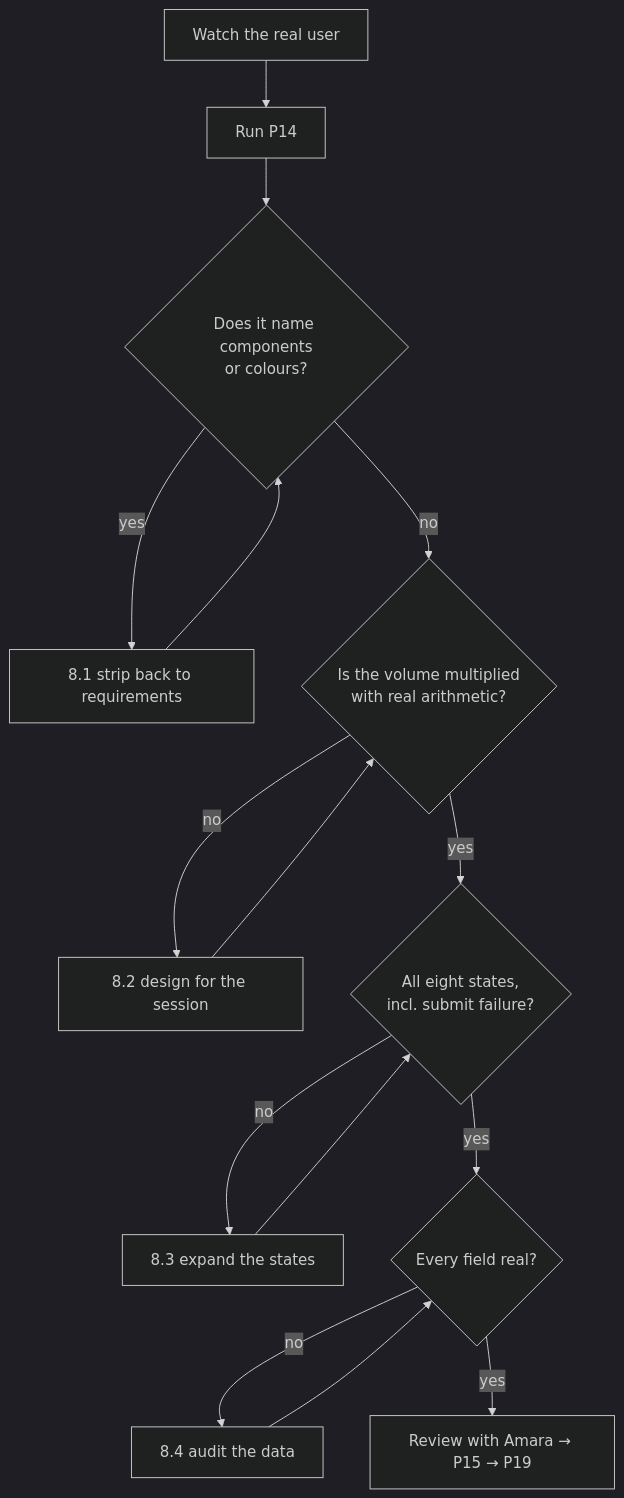
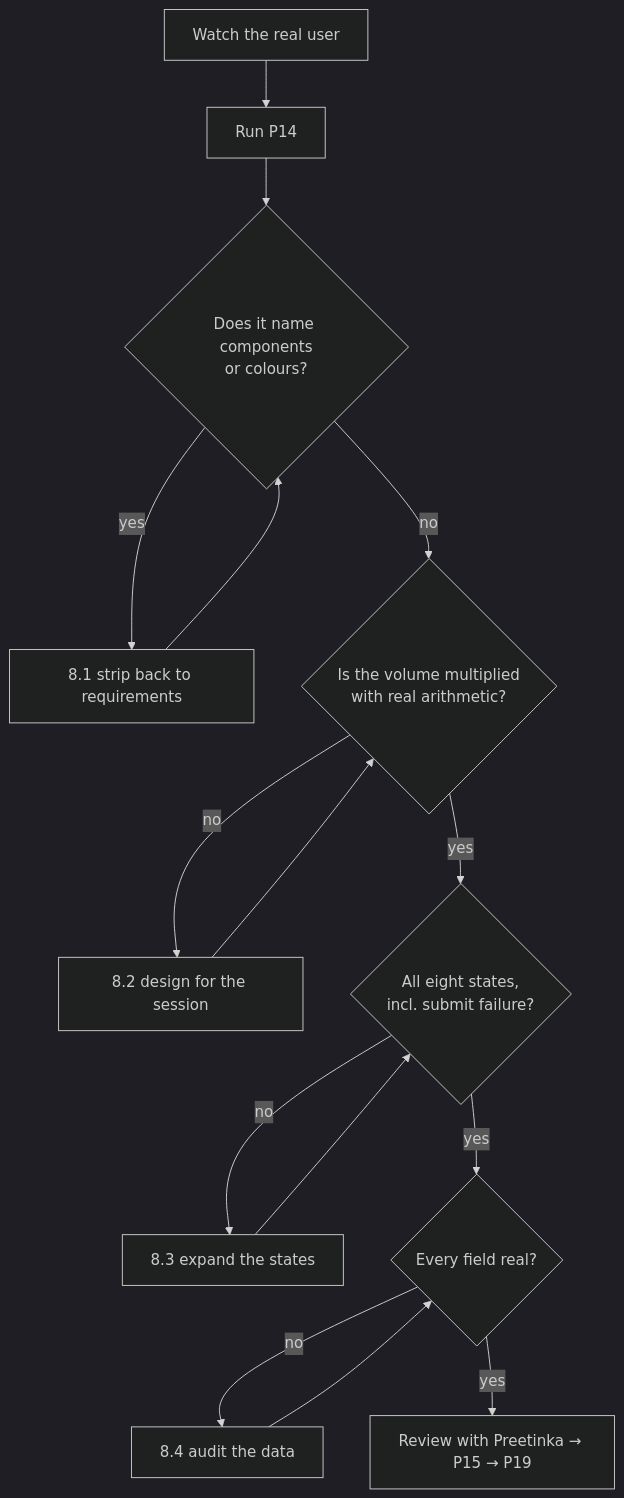
Before and after one commit to hemsingh81/learning-system-designs: the diagram in AI-Agile-Development/AI-Prompts-Library/phase-2-design/P14-ui-ux-design-brief.md, drawn with Mermaid (dark theme). The commit also changed other lines of this file and 99 other files, not shown here.

````diff
--- a/AI-Agile-Development/AI-Prompts-Library/phase-2-design/P14-ui-ux-design-brief.md
+++ b/AI-Agile-Development/AI-Prompts-Library/phase-2-design/P14-ui-ux-design-brief.md
@@ -778,17 +778,17 @@
 ```mermaid
 flowchart TD
     A[Watch the real user] --> B[Run P14]
     B --> C{Does it name components<br/>or colours?}
     C -- yes --> D[8.1 strip back to requirements]
     D --> C
     C -- no --> E{Is the volume multiplied<br/>with real arithmetic?}
     E -- no --> F[8.2 design for the session]
     F --> E
     E -- yes --> G{All eight states,<br/>incl. submit failure?}
     G -- no --> H[8.3 expand the states]
     H --> G
     G -- yes --> I{Every field real?}
     I -- no --> J[8.4 audit the data]
     J --> I
-    I -- yes --> K[Review with Amara → P15 → P19]
+    I -- yes --> K[Review with Preetinka → P15 → P19]
 ```
````
